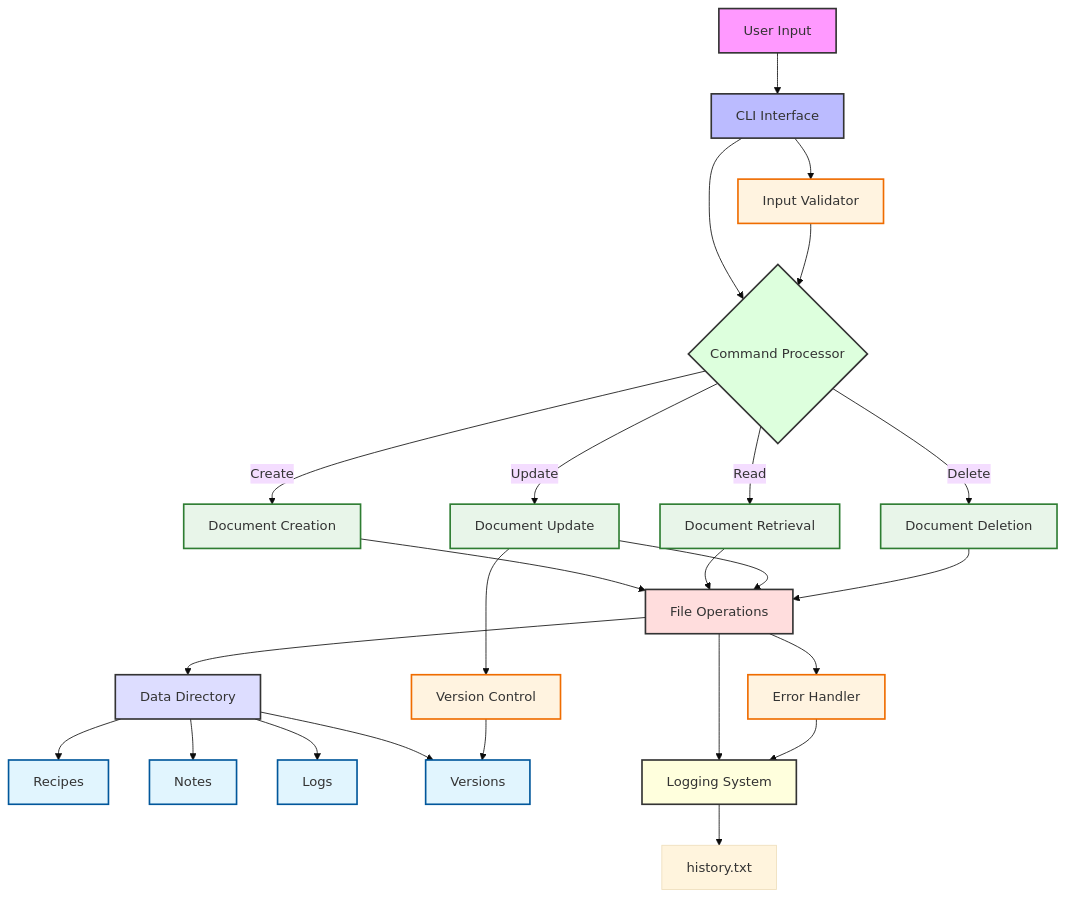
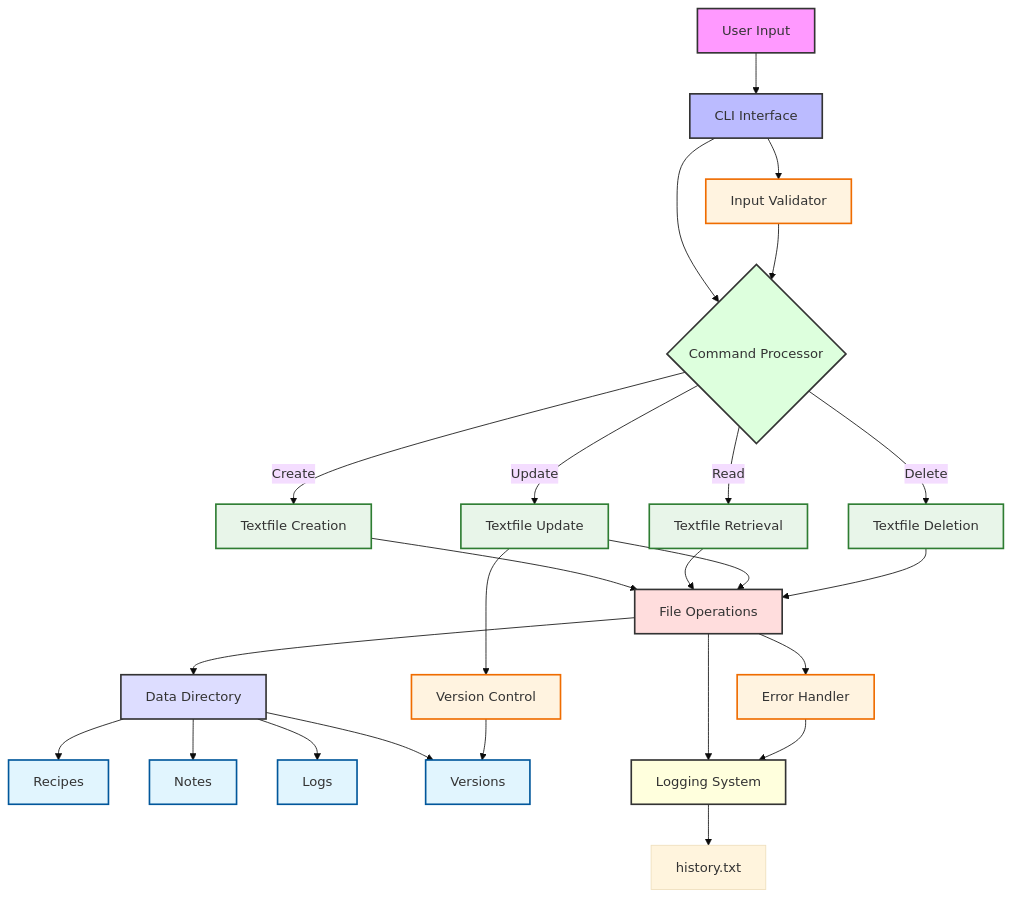
Before and after one commit to LGICCommunity/NoteCLI: the diagram in excalidraw_diagram.md, drawn with Mermaid (base theme). The commit also changed other lines of this file, not shown here.

````diff
--- a/excalidraw_diagram.md
+++ b/excalidraw_diagram.md
@@ -1,60 +1,60 @@
 ```mermaid
 graph TD
     %% Main Components
     A[User Input] --> B[CLI Interface]
     B --> C{Command Processor}
     
     %% Command Types
-    C -->|Create| D[Document Creation]
-    C -->|Read| E[Document Retrieval]
-    C -->|Update| F[Document Update]
-    C -->|Delete| G[Document Deletion]
+    C -->|Create| D[Textfile Creation]
+    C -->|Read| E[Textfile Retrieval]
+    C -->|Update| F[Textfile Update]
+    C -->|Delete| G[Textfile Deletion]
     
     %% File Operations
     D --> H[File Operations]
     E --> H
     F --> H
     G --> H
     
     %% Storage Structure
     H --> I[Data Directory]
     I --> J[Recipes]
     I --> K[Notes]
     I --> L[Logs]
     I --> M[Versions]
     
     %% Logging System
     H --> N[Logging System]
     N --> O[history.txt]
     
     %% Version Control
     F --> P[Version Control]
     P --> M
     
     %% Error Handling
     H --> Q[Error Handler]
     Q --> N
     
     %% Input Validation
     B --> R[Input Validator]
     R --> C
     
     style A fill:#f9f,stroke:#333,stroke-width:2px
     style B fill:#bbf,stroke:#333,stroke-width:2px
     style C fill:#dfd,stroke:#333,stroke-width:2px
     style H fill:#fdd,stroke:#333,stroke-width:2px
     style I fill:#ddf,stroke:#333,stroke-width:2px
     style N fill:#ffd,stroke:#333,stroke-width:2px
 
 %% Additional Styling
 classDef storage fill:#e1f5fe,stroke:#01579b,stroke-width:2px;
 class J,K,L,M storage;
 
 %% Relationships
 classDef process fill:#e8f5e9,stroke:#2e7d32,stroke-width:2px;
 class D,E,F,G process;
 
 %% System Components
 classDef system fill:#fff3e0,stroke:#ef6c00,stroke-width:2px;
 class P,Q,R system;
 ```
````
